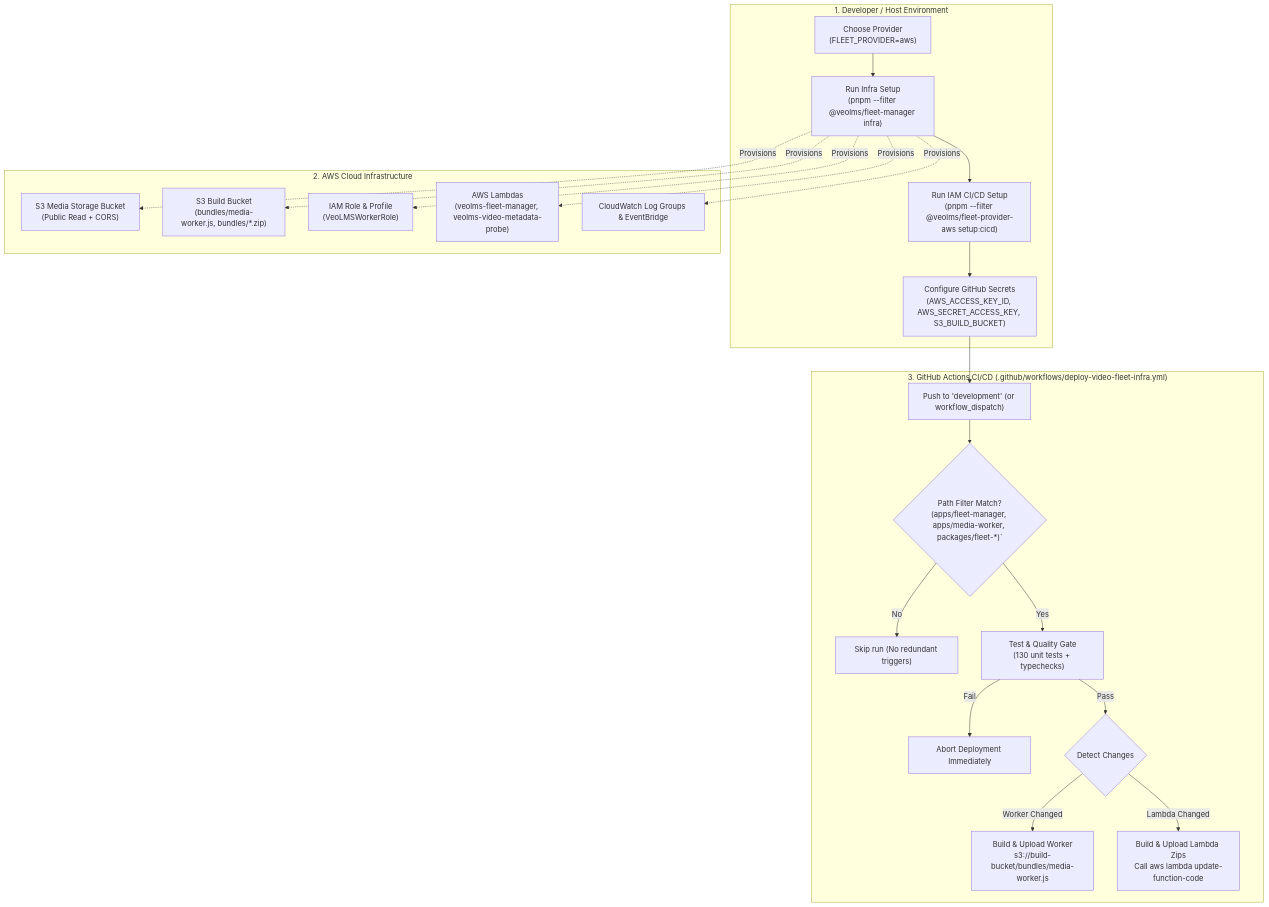
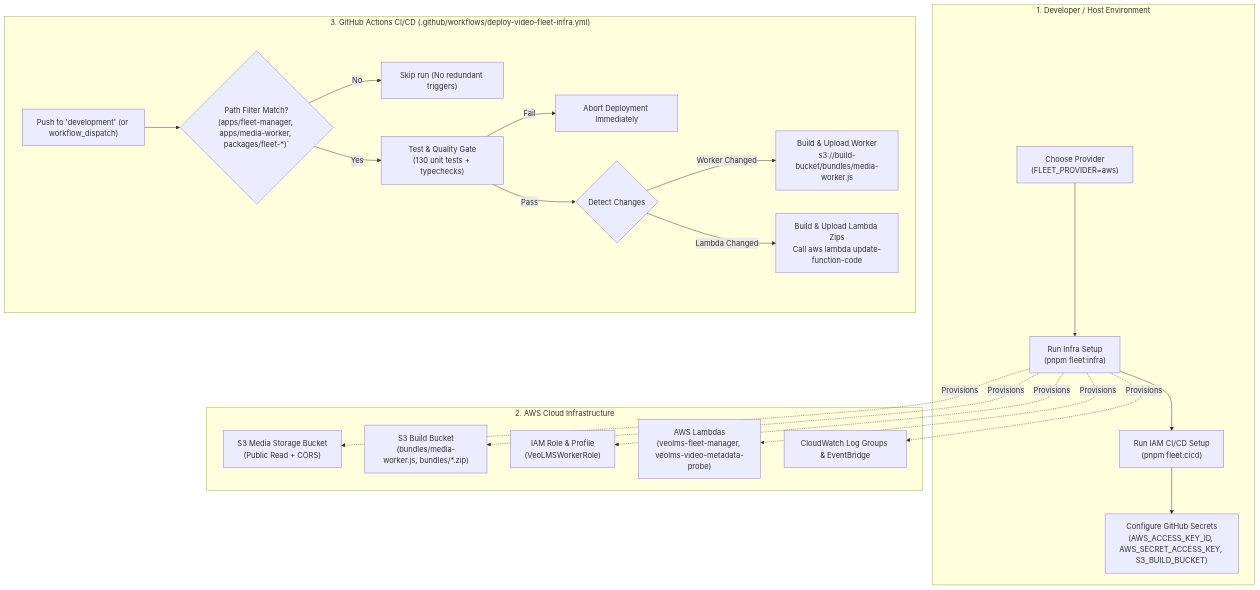
One commit to thedhruvish/veolms changed the diagram in docs/video-fleet-infrastructure-and-cicd-guide.md. Above: the diagram before and after it, drawn with Mermaid. The commit also changed other lines of this file and 30 other files, not shown here.

First line of the commit message:
feat: Enhance local fleet provider with new trigger functionality and lifecycle commands

````diff
--- a/docs/video-fleet-infrastructure-and-cicd-guide.md
+++ b/docs/video-fleet-infrastructure-and-cicd-guide.md
@@ -9,27 +9,27 @@
 ```mermaid
 flowchart TD
     subgraph Local["1. Developer / Host Environment"]
-        A["Choose Provider<br/>(FLEET_PROVIDER=aws)"] --> B["Run Infra Setup<br/>(pnpm --filter @veolms/fleet-manager infra)"]
-        B --> C["Run IAM CI/CD Setup<br/>(pnpm --filter @veolms/fleet-provider-aws setup:cicd)"]
+        A["Choose Provider<br/>(FLEET_PROVIDER=aws)"] --> B["Run Infra Setup<br/>(pnpm fleet:infra)"]
+        B --> C["Run IAM CI/CD Setup<br/>(pnpm fleet:cicd)"]
         C --> D["Configure GitHub Secrets<br/>(AWS_ACCESS_KEY_ID, AWS_SECRET_ACCESS_KEY, S3_BUILD_BUCKET)"]
     end
 
     subgraph AWS["2. AWS Cloud Infrastructure"]
         B -. Provisions .-> S3Storage["S3 Media Storage Bucket<br/>(Public Read + CORS)"]
         B -. Provisions .-> S3Build["S3 Build Bucket<br/>(bundles/media-worker.js, bundles/*.zip)"]
         B -. Provisions .-> IAMRole["IAM Role & Profile<br/>(VeoLMSWorkerRole)"]
         B -. Provisions .-> Lambdas["AWS Lambdas<br/>(veolms-fleet-manager, veolms-video-metadata-probe)"]
         B -. Provisions .-> CW["CloudWatch Log Groups & EventBridge"]
     end
 
     subgraph GitHubActions["3. GitHub Actions CI/CD (.github/workflows/deploy-video-fleet-infra.yml)"]
-        D --> Push["Push to 'development' (or workflow_dispatch)"]
+        Push["Push to 'development' (or workflow_dispatch)"]
         Push --> Filter{"Path Filter Match?<br/>(apps/fleet-manager, apps/media-worker, packages/fleet-*)`"}
         Filter -- No --> Skip["Skip run (No redundant triggers)"]
         Filter -- Yes --> TestGate["Test & Quality Gate<br/>(130 unit tests + typechecks)"]
         TestGate -- Fail --> Abort["Abort Deployment Immediately"]
         TestGate -- Pass --> Detect{"Detect Changes"}
         Detect -- Worker Changed --> UploadWorker["Build & Upload Worker<br/>s3://build-bucket/bundles/media-worker.js"]
         Detect -- Lambda Changed --> UpdateLambda["Build & Upload Lambda Zips<br/>Call aws lambda update-function-code"]
     end
 ```
````
